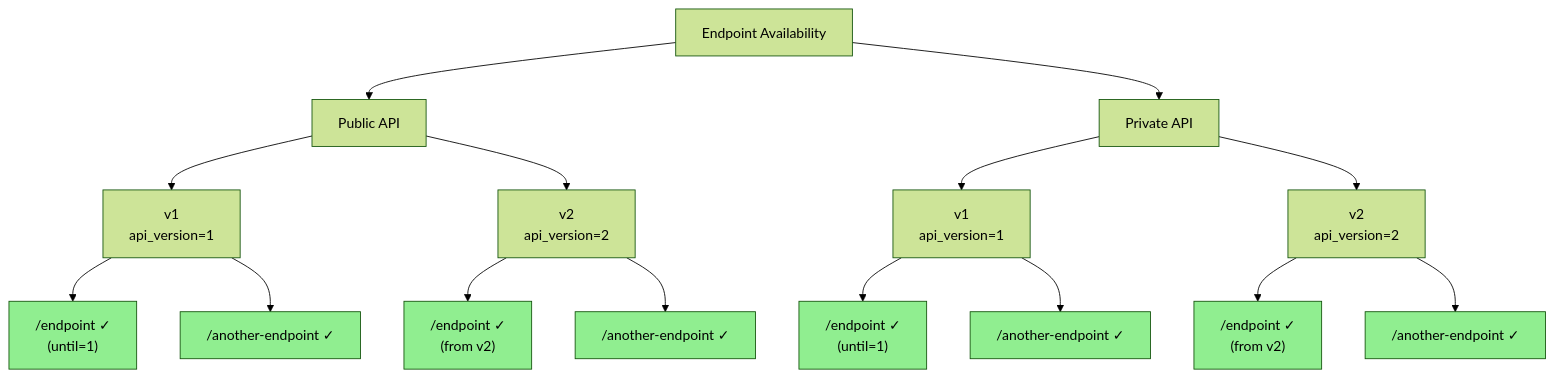
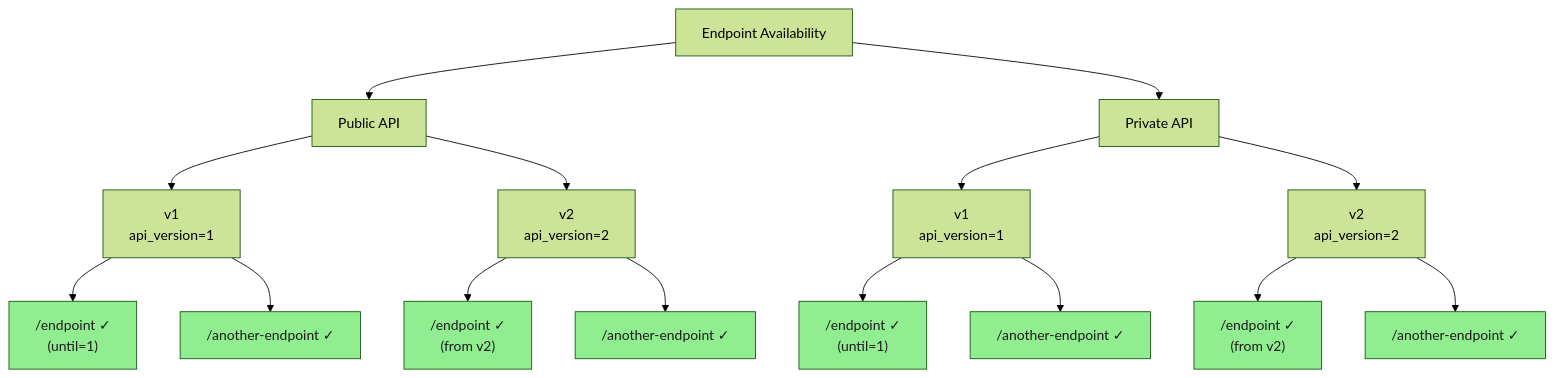
Before and after one commit to feodor-ra/fastapi-easy-versioning: the diagram in docs/en/examples/multiple.md, drawn with Mermaid (forest theme). The commit also changed 5 other files, not shown here.

Commit message:
docs: keep mermaid node labels readable in the dark theme

````diff
--- a/docs/en/examples/multiple.md
+++ b/docs/en/examples/multiple.md
@@ -100,36 +100,36 @@
 ```mermaid
 graph TD
     A[Endpoint Availability] --> B[Public API]
     A --> C[Private API]
 
     B --> B1[v1<br/>api_version=1]
     B --> B2[v2<br/>api_version=2]
 
     C --> C1[v1<br/>api_version=1]
     C --> C2[v2<br/>api_version=2]
 
     B1 --> B11["/endpoint ✓<br/>(until=1)"]
     B1 --> B12["/another-endpoint ✓"]
 
     B2 --> B21["/endpoint ✓<br/>(from v2)"]
     B2 --> B22["/another-endpoint ✓"]
 
     C1 --> C11["/endpoint ✓<br/>(until=1)"]
     C1 --> C12["/another-endpoint ✓"]
 
     C2 --> C21["/endpoint ✓<br/>(from v2)"]
     C2 --> C22["/another-endpoint ✓"]
 
-    style B11 fill:#90EE90
-    style B12 fill:#90EE90
-    style B21 fill:#90EE90
-    style B22 fill:#90EE90
+    style B11 fill:#90EE90,color:#1b1b1b
+    style B12 fill:#90EE90,color:#1b1b1b
+    style B21 fill:#90EE90,color:#1b1b1b
+    style B22 fill:#90EE90,color:#1b1b1b
 
-    style C11 fill:#90EE90
-    style C12 fill:#90EE90
-    style C21 fill:#90EE90
-    style C22 fill:#90EE90
+    style C11 fill:#90EE90,color:#1b1b1b
+    style C12 fill:#90EE90,color:#1b1b1b
+    style C21 fill:#90EE90,color:#1b1b1b
+    style C22 fill:#90EE90,color:#1b1b1b
 
-    classDef available fill:#90EE90,stroke:#333;
-    classDef notAvailable fill:#FFB6C1,stroke:#333;
+    classDef available fill:#90EE90,color:#1b1b1b,stroke:#333;
+    classDef notAvailable fill:#FFB6C1,color:#1b1b1b,stroke:#333;
 ```
````
